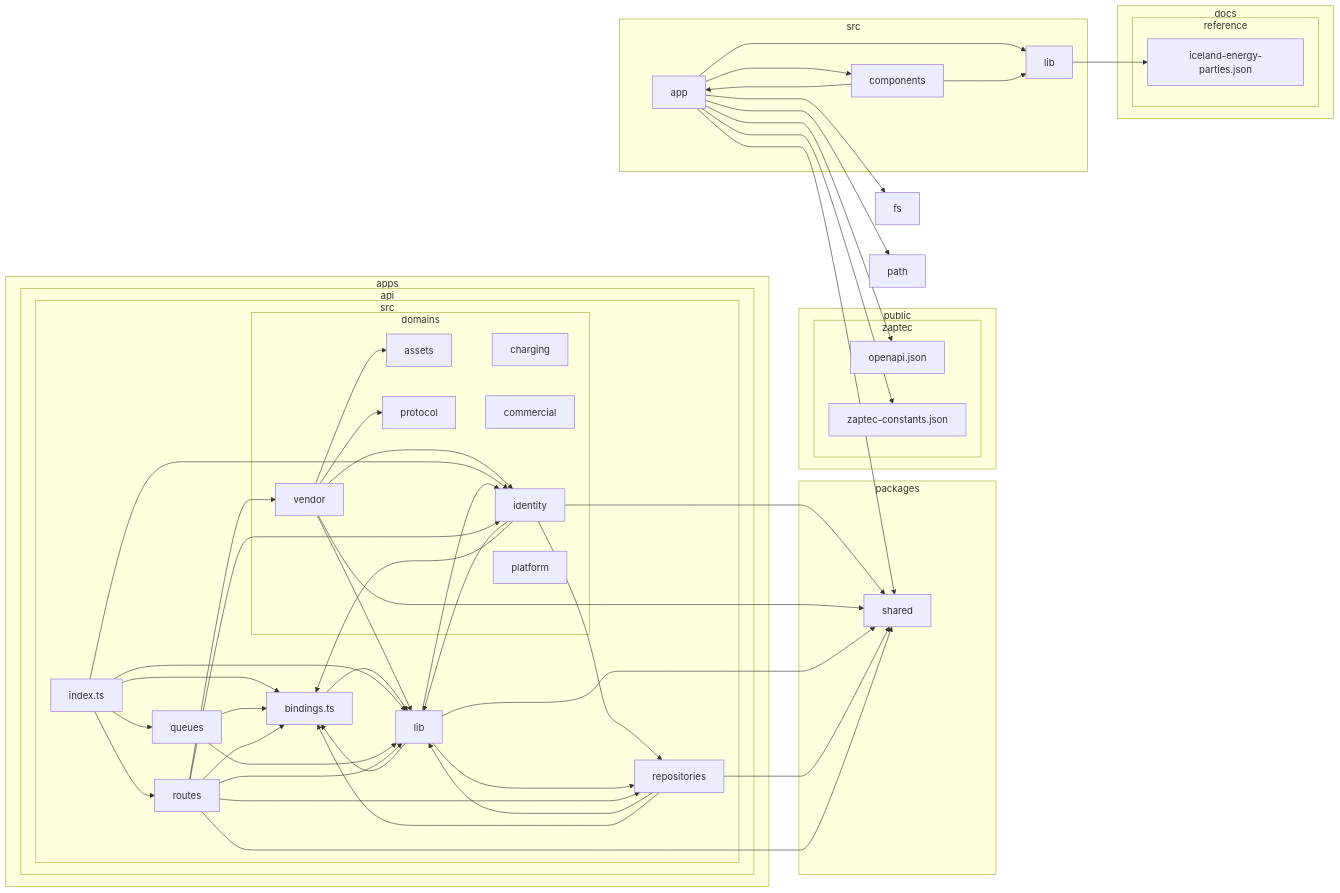
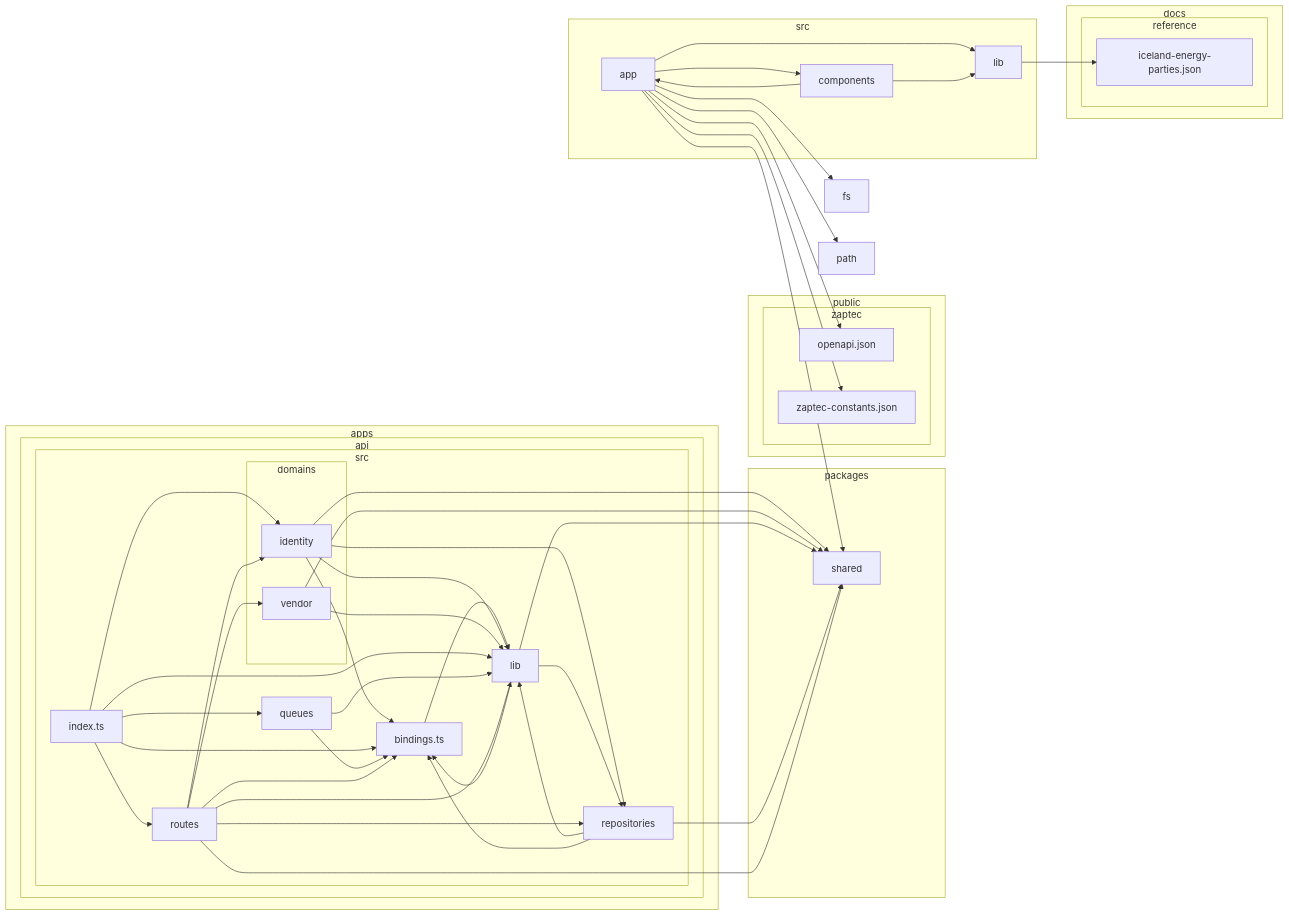
Before and after one commit to andri187/Straumvakt: the diagram in docs/architecture/dependency-graph.md, drawn with Mermaid. The commit also changed 21 other files, not shown here.

First line of the commit message:
[Sprint 12] move the Drizzle schemas to packages/shared, where both deployables can reach them

````diff
--- a/docs/architecture/dependency-graph.md
+++ b/docs/architecture/dependency-graph.md
@@ -30,81 +30,72 @@
 subgraph 2["src"]
 3["bindings.ts"]
 subgraph 4["domains"]
-5["assets"]
-6["charging"]
-7["commercial"]
-8["identity"]
-9["platform"]
-A["protocol"]
-B["vendor"]
+5["identity"]
+6["vendor"]
 end
-C["index.ts"]
-D["lib"]
-E["queues"]
-F["repositories"]
-G["routes"]
+7["index.ts"]
+8["lib"]
+9["queues"]
+A["repositories"]
+B["routes"]
 end
 end
 end
-subgraph H["docs"]
-subgraph I["reference"]
-J["iceland-energy-parties.json"]
+subgraph C["docs"]
+subgraph D["reference"]
+E["iceland-energy-parties.json"]
 end
 end
-K["fs"]
-subgraph L["packages"]
-M["shared"]
+F["fs"]
+subgraph G["packages"]
+H["shared"]
 end
-N["path"]
-subgraph O["public"]
-subgraph P["zaptec"]
-Q["openapi.json"]
-R["zaptec-constants.json"]
+I["path"]
+subgraph J["public"]
+subgraph K["zaptec"]
+L["openapi.json"]
+M["zaptec-constants.json"]
 end
 end
-subgraph S["src"]
-T["app"]
-U["components"]
-V["lib"]
+subgraph N["src"]
+O["app"]
+P["components"]
+Q["lib"]
 end
-3-->D
-8-->D
-8-->M
+3-->8
+5-->8
+5-->H
+5-->3
+5-->A
+6-->8
+6-->H
+7-->3
+7-->5
+7-->8
+7-->9
+7-->B
 8-->3
-8-->F
-B-->D
+8-->H
+8-->A
+9-->3
+9-->8
+A-->8
+A-->H
+A-->3
+B-->3
 B-->8
-B-->M
+B-->A
+B-->H
 B-->5
-B-->A
-C-->3
-C-->8
-C-->D
-C-->E
-C-->G
-D-->3
-D-->8
-D-->M
-D-->F
-E-->3
-E-->D
-F-->D
-F-->M
-F-->3
-G-->3
-G-->D
-G-->F
-G-->M
-G-->8
-G-->B
-T-->U
-T-->V
-T-->M
-T-->K
-T-->N
-T-->Q
-T-->R
-U-->V
-U-->T
-V-->J
+B-->6
+O-->P
+O-->Q
+O-->H
+O-->F
+O-->I
+O-->L
+O-->M
+P-->Q
+P-->O
+Q-->E
 ```
````
